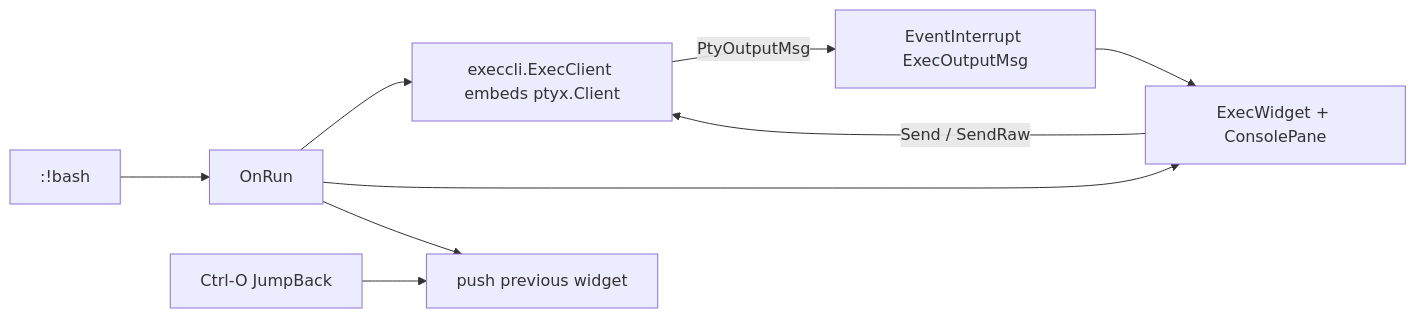
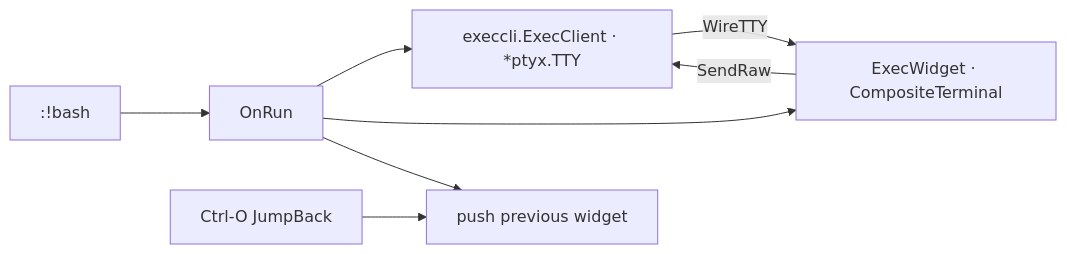
Before and after one commit to yairgd/gdbforge: the diagram in docs/EXEC_SHELL.md, drawn with Mermaid. The commit also changed other lines of this file and 243 other files, not shown here.

````diff
--- a/docs/EXEC_SHELL.md
+++ b/docs/EXEC_SHELL.md
@@ -32,11 +32,10 @@
 ```mermaid
 flowchart LR
   Cmd[":!bash"] --> OnRun
-  OnRun --> Client["execcli.ExecClient embeds ptyx.Client"]
-  OnRun --> Widget["ExecWidget + ConsolePane"]
-  Client -->|PtyOutputMsg| Bridge["EventInterrupt ExecOutputMsg"]
-  Bridge --> Widget
-  Widget -->|Send / SendRaw| Client
+  OnRun --> Client["execcli.ExecClient · *ptyx.TTY"]
+  OnRun --> Widget["ExecWidget · CompositeTerminal"]
+  Client -->|WireTTY| Widget
+  Widget -->|SendRaw| Client
   OnRun --> Jump["push previous widget"]
   JumpBack["Ctrl-O JumpBack"] --> Jump
 ```
````
